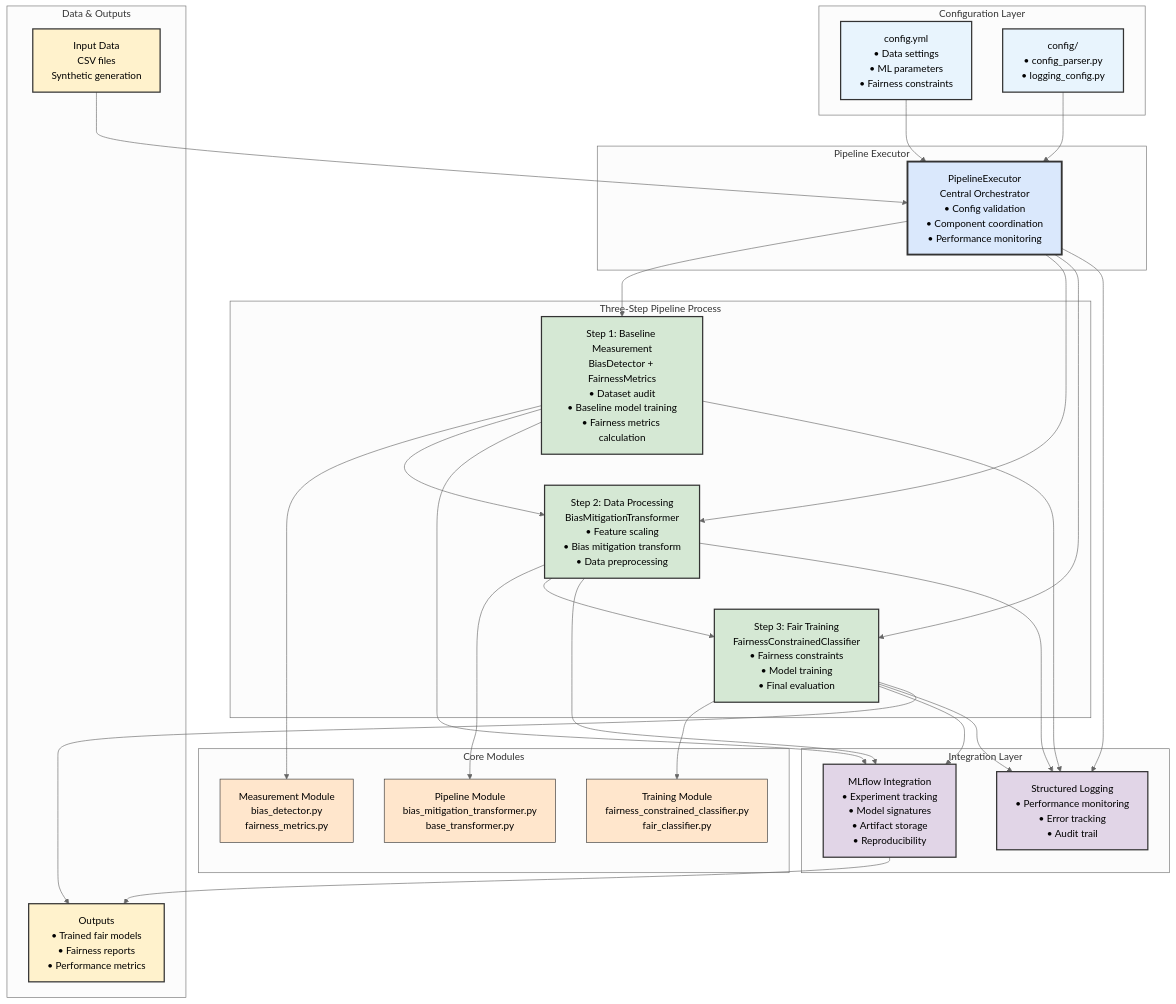
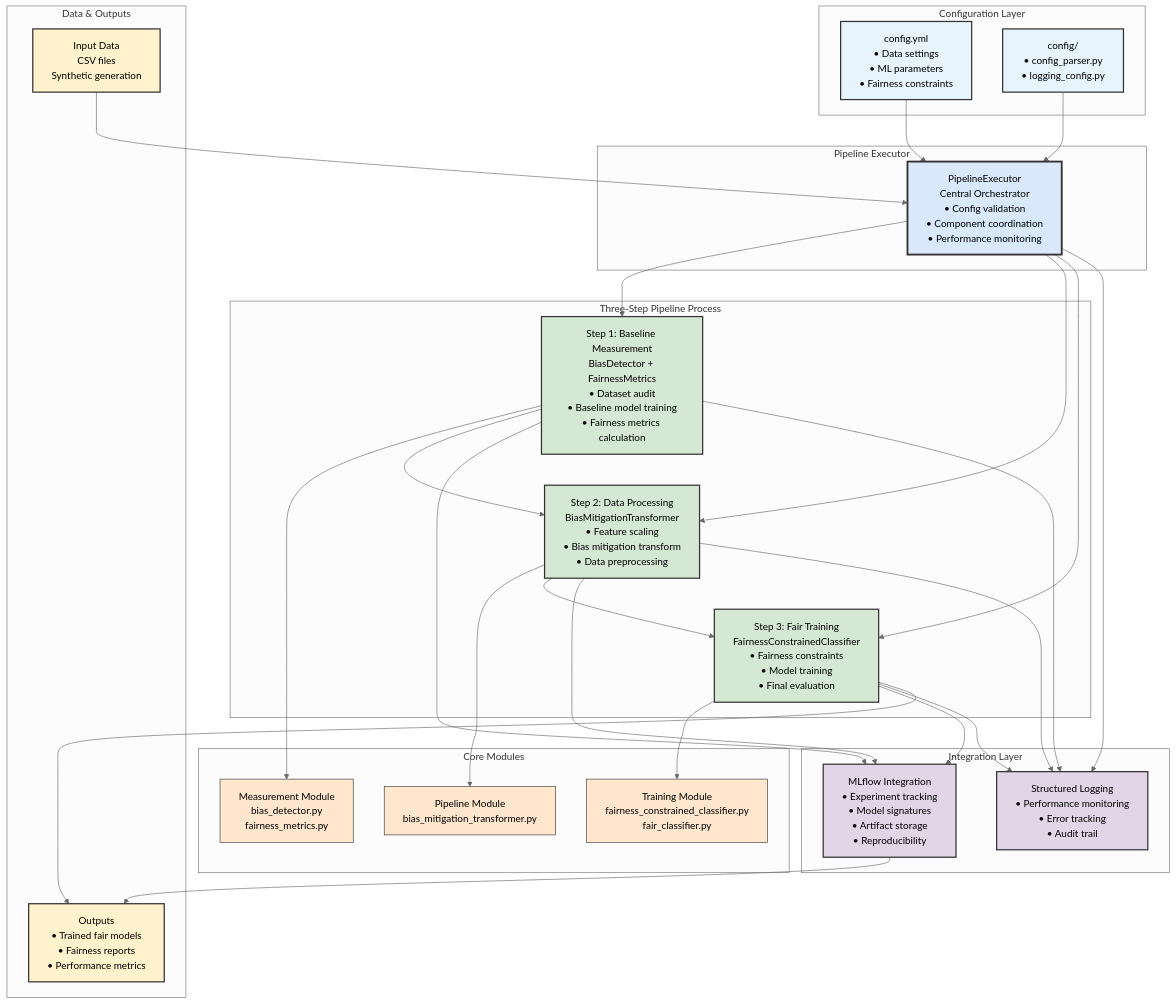
One commit to vytautas-bunevicius/fairness-pipeline-toolkit changed the diagram in README.md. Above: the diagram before and after it, drawn with Mermaid (neutral theme). The commit also changed other lines of this file and 9 other files, not shown here.

First line of the commit message:
refactor: simplify pipeline structure by removing BaseTransformer and updating related modules

````diff
--- a/README.md
+++ b/README.md
@@ -56,76 +56,76 @@
 ```mermaid
 graph TB
     subgraph "Configuration Layer"
         CONFIG[config.yml<br/>• Data settings<br/>• ML parameters<br/>• Fairness constraints]
         CONFIGMOD[config/<br/>• config_parser.py<br/>• logging_config.py]
     end
     
     subgraph "Pipeline Executor"
         EXECUTOR[PipelineExecutor<br/>Central Orchestrator<br/>• Config validation<br/>• Component coordination<br/>• Performance monitoring]
     end
     
     subgraph "Three-Step Pipeline Process"
         STEP1[Step 1: Baseline Measurement<br/>BiasDetector + FairnessMetrics<br/>• Dataset audit<br/>• Baseline model training<br/>• Fairness metrics calculation]
         
         STEP2[Step 2: Data Processing<br/>BiasMitigationTransformer<br/>• Feature scaling<br/>• Bias mitigation transform<br/>• Data preprocessing]
         
         STEP3[Step 3: Fair Training<br/>FairnessConstrainedClassifier<br/>• Fairness constraints<br/>• Model training<br/>• Final evaluation]
     end
     
     subgraph "Core Modules"
         MEASUREMENT[Measurement Module<br/>bias_detector.py<br/>fairness_metrics.py]
-        PIPELINE[Pipeline Module<br/>bias_mitigation_transformer.py<br/>base_transformer.py]
+        PIPELINE[Pipeline Module<br/>bias_mitigation_transformer.py]
         TRAINING[Training Module<br/>fairness_constrained_classifier.py<br/>fair_classifier.py]
     end
     
     subgraph "Integration Layer"
         MLFLOW[MLflow Integration<br/>• Experiment tracking<br/>• Model signatures<br/>• Artifact storage<br/>• Reproducibility]
         LOGGING[Structured Logging<br/>• Performance monitoring<br/>• Error tracking<br/>• Audit trail]
     end
     
     subgraph "Data & Outputs"
         DATA[Input Data<br/>CSV files<br/>Synthetic generation]
         OUTPUTS[Outputs<br/>• Trained fair models<br/>• Fairness reports<br/>• Performance metrics]
     end
     
     CONFIG --> EXECUTOR
     CONFIGMOD --> EXECUTOR
     DATA --> EXECUTOR
     
     EXECUTOR --> STEP1
     EXECUTOR --> STEP2  
     EXECUTOR --> STEP3
     
     STEP1 --> MEASUREMENT
     STEP2 --> PIPELINE
     STEP3 --> TRAINING
     
     STEP1 --> STEP2
     STEP2 --> STEP3
     
     STEP1 --> MLFLOW
     STEP2 --> MLFLOW
     STEP3 --> MLFLOW
     
     EXECUTOR --> LOGGING
     STEP1 --> LOGGING
     STEP2 --> LOGGING
     STEP3 --> LOGGING
     
     STEP3 --> OUTPUTS
     MLFLOW --> OUTPUTS
     
     classDef configStyle fill:#E8F4FD,stroke:#333,stroke-width:2px
     classDef executorStyle fill:#DAE8FC,stroke:#333,stroke-width:3px
     classDef stepStyle fill:#D5E8D4,stroke:#333,stroke-width:2px
     classDef moduleStyle fill:#FFE6CC,stroke:#333,stroke-width:1px
     classDef integrationStyle fill:#E1D5E7,stroke:#333,stroke-width:2px
     classDef dataStyle fill:#FFF2CC,stroke:#333,stroke-width:2px
     
     class CONFIG,CONFIGMOD configStyle
     class EXECUTOR executorStyle
     class STEP1,STEP2,STEP3 stepStyle
     class MEASUREMENT,PIPELINE,TRAINING moduleStyle
     class MLFLOW,LOGGING integrationStyle
     class DATA,OUTPUTS dataStyle
 ```
````
